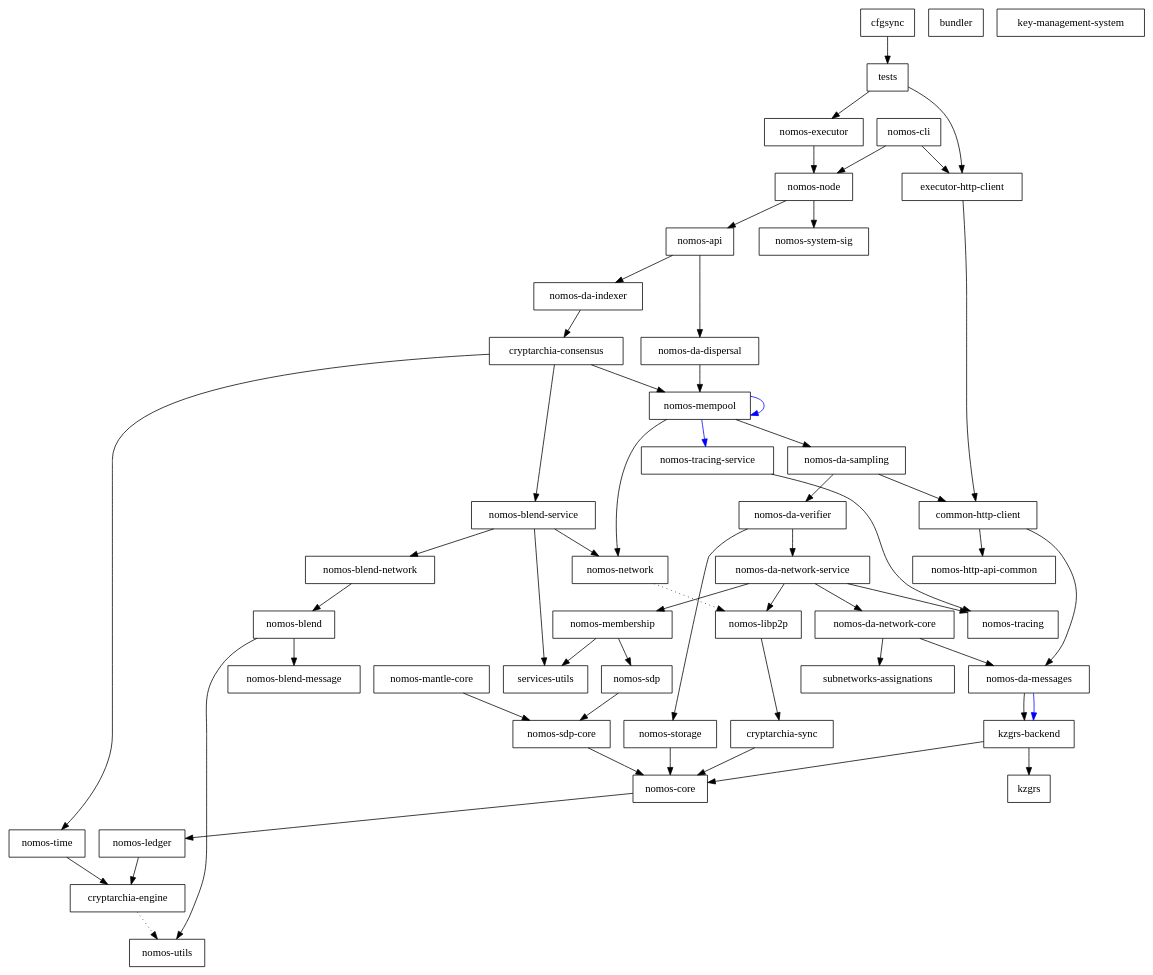
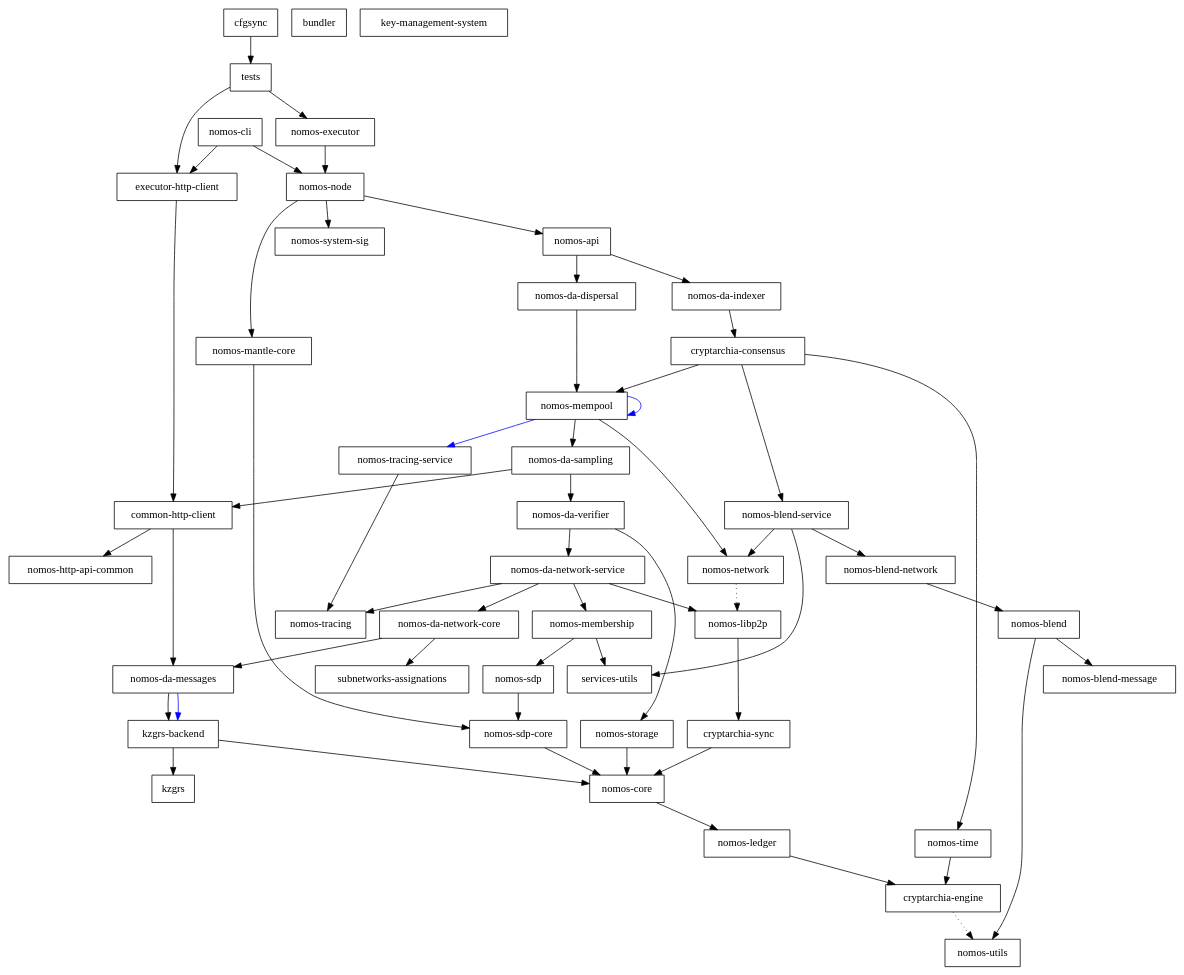
The diagram in dependencies_graph.dot (Astro521/logos-blockchain), drawn with Graphviz before and after one commit. The commit also changed 24 other files, not shown here.

Commit message:
feat(mantle): SignedMantleTx in node (#1358)

```diff
--- a/dependencies_graph.dot
+++ b/dependencies_graph.dot
@@ -1,102 +1,103 @@
 digraph {
     0 [ label = "cryptarchia-engine" shape = box]
     1 [ label = "nomos-utils" shape = box]
     2 [ label = "cryptarchia-sync" shape = box]
     3 [ label = "nomos-core" shape = box]
     4 [ label = "nomos-ledger" shape = box]
     5 [ label = "nomos-http-api-common" shape = box]
     6 [ label = "nomos-executor" shape = box]
     7 [ label = "kzgrs-backend" shape = box]
     8 [ label = "kzgrs" shape = box]
     9 [ label = "nomos-api" shape = box]
     10 [ label = "cryptarchia-consensus" shape = box]
     11 [ label = "nomos-blend-service" shape = box]
     12 [ label = "nomos-blend" shape = box]
     13 [ label = "nomos-blend-message" shape = box]
     14 [ label = "nomos-blend-network" shape = box]
     15 [ label = "nomos-libp2p" shape = box]
     16 [ label = "nomos-network" shape = box]
     17 [ label = "services-utils" shape = box]
     18 [ label = "nomos-da-sampling" shape = box]
     19 [ label = "common-http-client" shape = box]
     20 [ label = "nomos-da-messages" shape = box]
     21 [ label = "nomos-da-network-core" shape = box]
     22 [ label = "subnetworks-assignations" shape = box]
     23 [ label = "nomos-da-network-service" shape = box]
     24 [ label = "nomos-membership" shape = box]
     25 [ label = "nomos-sdp" shape = box]
     26 [ label = "nomos-sdp-core" shape = box]
     27 [ label = "nomos-tracing" shape = box]
     28 [ label = "nomos-da-verifier" shape = box]
     29 [ label = "nomos-storage" shape = box]
     30 [ label = "nomos-mempool" shape = box]
     31 [ label = "nomos-tracing-service" shape = box]
     32 [ label = "nomos-time" shape = box]
     33 [ label = "nomos-da-dispersal" shape = box]
     34 [ label = "nomos-da-indexer" shape = box]
-    35 [ label = "nomos-node" shape = box]
-    36 [ label = "nomos-system-sig" shape = box]
-    37 [ label = "executor-http-client" shape = box]
-    38 [ label = "bundler" shape = box]
-    39 [ label = "nomos-cli" shape = box]
-    40 [ label = "nomos-mantle-core" shape = box]
+    35 [ label = "nomos-mantle-core" shape = box]
+    36 [ label = "nomos-node" shape = box]
+    37 [ label = "nomos-system-sig" shape = box]
+    38 [ label = "executor-http-client" shape = box]
+    39 [ label = "bundler" shape = box]
+    40 [ label = "nomos-cli" shape = box]
     41 [ label = "key-management-system" shape = box]
     42 [ label = "cfgsync" shape = box]
     43 [ label = "tests" shape = box]
     0 -> 1 [ style = dotted]
     2 -> 3 [ ]
     3 -> 4 [ ]
     4 -> 0 [ ]
-    6 -> 35 [ ]
+    6 -> 36 [ ]
     7 -> 8 [ ]
     7 -> 3 [ ]
     9 -> 33 [ ]
     9 -> 34 [ ]
     10 -> 11 [ ]
     10 -> 30 [ ]
     10 -> 32 [ ]
     11 -> 14 [ ]
     11 -> 16 [ ]
     11 -> 17 [ ]
     12 -> 13 [ ]
     12 -> 1 [ ]
     14 -> 12 [ ]
     15 -> 2 [ ]
     16 -> 15 [ style = dotted]
     18 -> 19 [ ]
     18 -> 28 [ ]
     19 -> 20 [ ]
     19 -> 5 [ ]
     20 -> 7 [ ]
     20 -> 7 [ color = blue]
     21 -> 20 [ ]
     21 -> 22 [ ]
     23 -> 21 [ ]
     23 -> 15 [ ]
     23 -> 24 [ ]
     23 -> 27 [ ]
     24 -> 25 [ ]
     24 -> 17 [ ]
     25 -> 26 [ ]
     26 -> 3 [ ]
     28 -> 23 [ ]
     28 -> 29 [ ]
     29 -> 3 [ ]
     30 -> 18 [ ]
     30 -> 30 [ color = blue]
     30 -> 16 [ ]
     30 -> 31 [ color = blue]
     31 -> 27 [ ]
     32 -> 0 [ ]
     33 -> 30 [ ]
     34 -> 10 [ ]
-    35 -> 9 [ ]
-    35 -> 36 [ ]
-    37 -> 19 [ ]
-    39 -> 37 [ ]
-    39 -> 35 [ ]
-    40 -> 26 [ ]
+    35 -> 26 [ ]
+    36 -> 9 [ ]
+    36 -> 35 [ ]
+    36 -> 37 [ ]
+    38 -> 19 [ ]
+    40 -> 38 [ ]
+    40 -> 36 [ ]
     42 -> 43 [ ]
-    43 -> 37 [ ]
+    43 -> 38 [ ]
     43 -> 6 [ ]
 }
```
